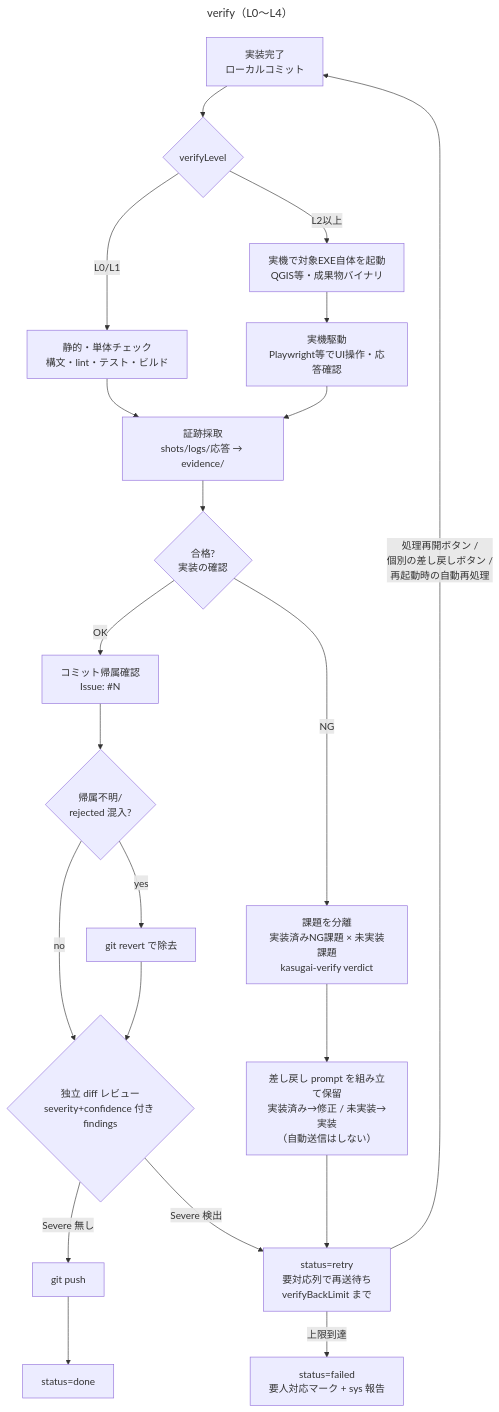
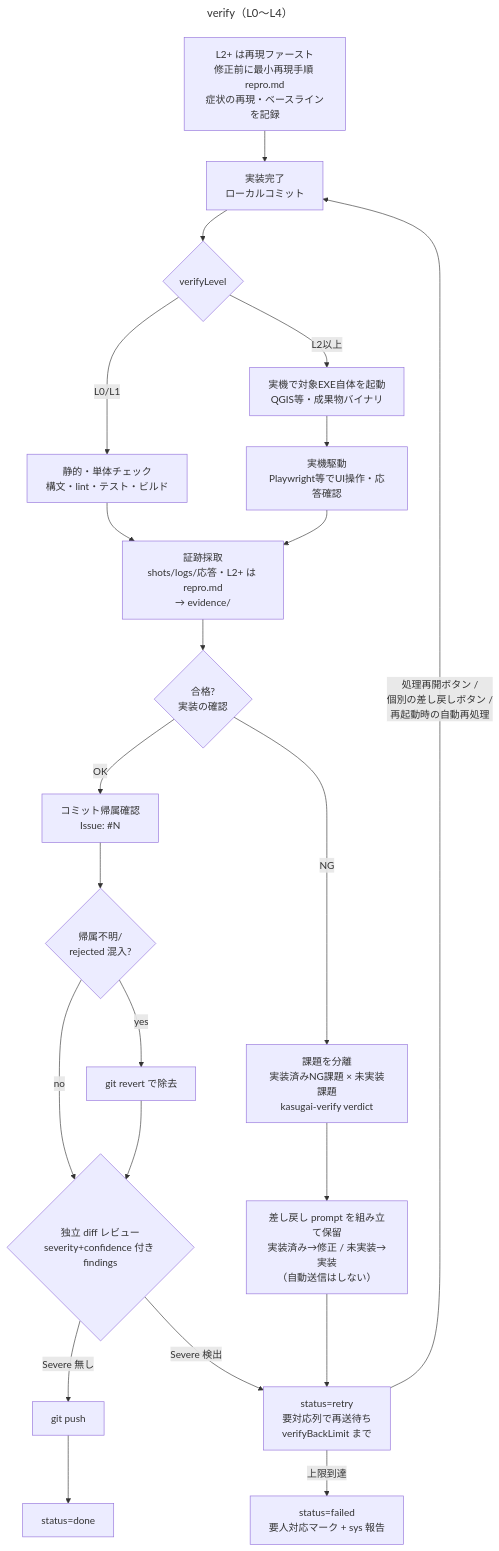
The diagram in diagrams/verify-levels.mmd (yamamoto-ryuzo/kasugai_agent), drawn with Mermaid before and after one commit. The commit also changed 5 other files, not shown here.

```diff
--- a/diagrams/verify-levels.mmd
+++ b/diagrams/verify-levels.mmd
@@ -1,24 +1,25 @@
 ---
 title: verify（L0〜L4）
 ---
 flowchart TD
-    IMPL[実装完了<br/>ローカルコミット] --> VL{verifyLevel}
+    REPRO[L2+ は再現ファースト<br/>修正前に最小再現手順 repro.md<br/>症状の再現・ベースラインを記録] --> IMPL[実装完了<br/>ローカルコミット]
+    IMPL --> VL{verifyLevel}
     VL -->|L0/L1| STATIC[静的・単体チェック<br/>構文・lint・テスト・ビルド]
     VL -->|L2以上| LAUNCH[実機で対象EXE自体を起動<br/>QGIS等・成果物バイナリ]
     LAUNCH --> DRIVE[実機駆動<br/>Playwright等でUI操作・応答確認]
-    STATIC --> EVID[証跡採取<br/>shots/logs/応答 → evidence/]
+    STATIC --> EVID[証跡採取<br/>shots/logs/応答・L2+ は repro.md<br/>→ evidence/]
     DRIVE --> EVID
     EVID --> JUDGE{合格?<br/>実装の確認}
     JUDGE -->|OK| ATTRIB[コミット帰属確認<br/>Issue: #N]
     ATTRIB --> CLEAN{帰属不明/<br/>rejected 混入?}
     CLEAN -->|yes| REVERT[git revert で除去]
     CLEAN -->|no| DREV{独立 diff レビュー<br/>severity+confidence 付き findings}
     REVERT --> DREV
     DREV -->|Severe 無し| PUSH[git push]
     DREV -->|Severe 検出| RETRY
     PUSH --> DONE[status=done]
     JUDGE -->|NG| SEP[課題を分離<br/>実装済みNG課題 × 未実装課題<br/>kasugai-verify verdict]
     SEP --> BACK[差し戻し prompt を組み立て保留<br/>実装済み→修正 / 未実装→実装<br/>（自動送信はしない）]
     BACK --> RETRY[status=retry<br/>要対応列で再送待ち<br/>verifyBackLimit まで]
     RETRY -->|処理再開ボタン /<br/>個別の差し戻しボタン /<br/>再起動時の自動再処理| IMPL
     RETRY -->|上限到達| FAIL[status=failed<br/>要人対応マーク + sys 報告]
```
